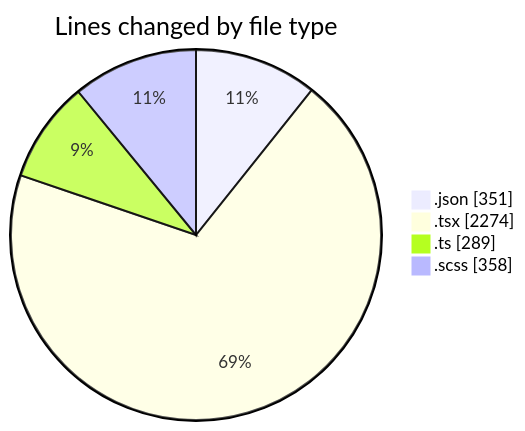
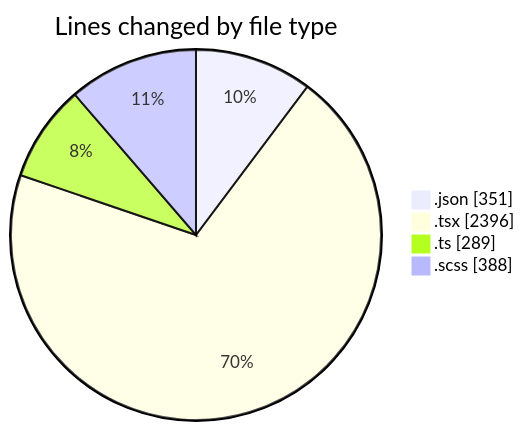
The first of 2 diagrams in 2026-04-22/cda/README.md (momahboobian/code-tracking), drawn with Mermaid before and after one commit. The commit also changed other lines of this file and 1 other file, not shown here.

````diff
--- a/2026-04-22/cda/README.md
+++ b/2026-04-22/cda/README.md
@@ -45,8 +45,8 @@
 ```mermaid
 pie showData
 title Lines changed by file type
 ".json" : 351
-".tsx" : 2274
+".tsx" : 2396
 ".ts" : 289
-".scss" : 358
+".scss" : 388
 ```
````
